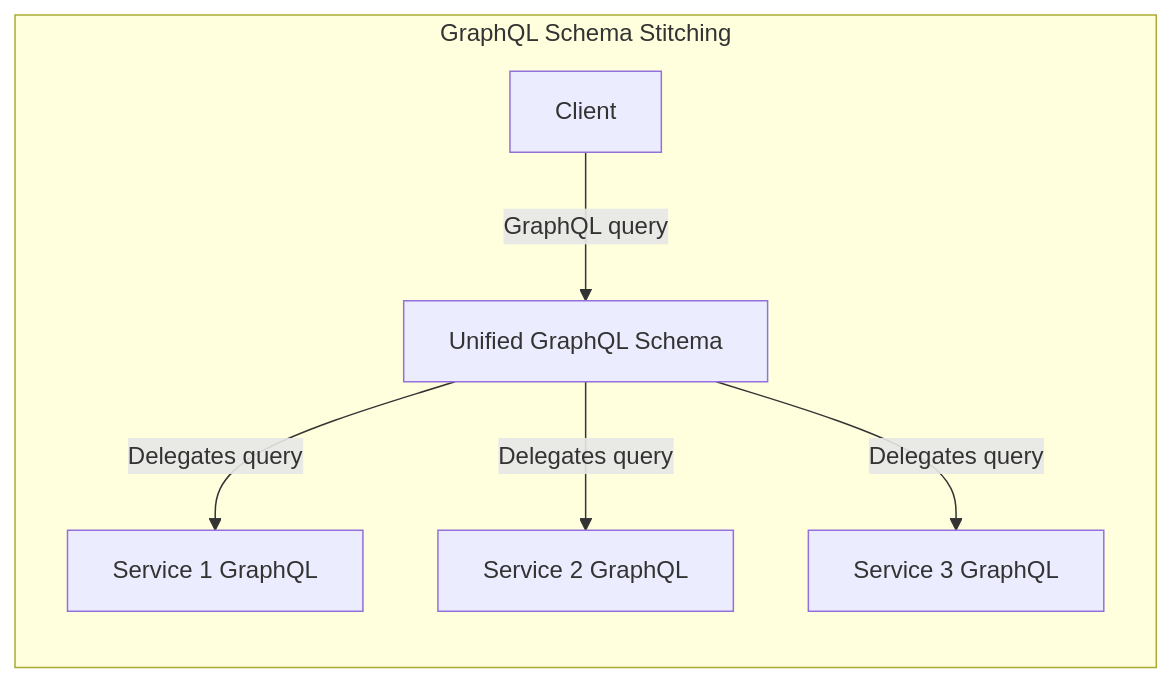
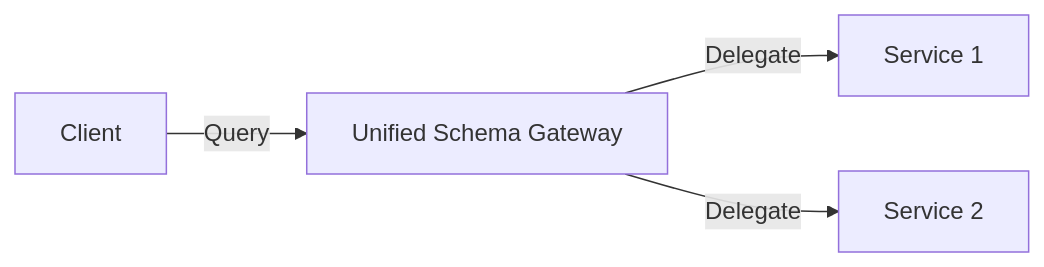
One commit to danielfoord/graphql-vs-rest changed the second of 2 diagrams in slides.md. Above: the diagram before and after it, drawn with Mermaid. The commit also changed other lines of this file and 1 other file, not shown here.

```diff
--- a/slides.md
+++ b/slides.md
@@ -414,9 +304,6 @@
 <div class="mermaid">
     graph LR
-    subgraph GraphQL [GraphQL Schema Stitching]
-        F[Client] -->|GraphQL query| G[Unified GraphQL Schema]
-        G -->|Delegates query| H[Service 1 GraphQL]
-        G -->|Delegates query| I[Service 2 GraphQL]
-        G -->|Delegates query| J[Service 3 GraphQL]
-    end
+    F[Client] -->|Query| G[Unified Schema Gateway]
+    G -->|Delegate| H[Service 1]
+    G -->|Delegate| I[Service 2]
 </div>
```
